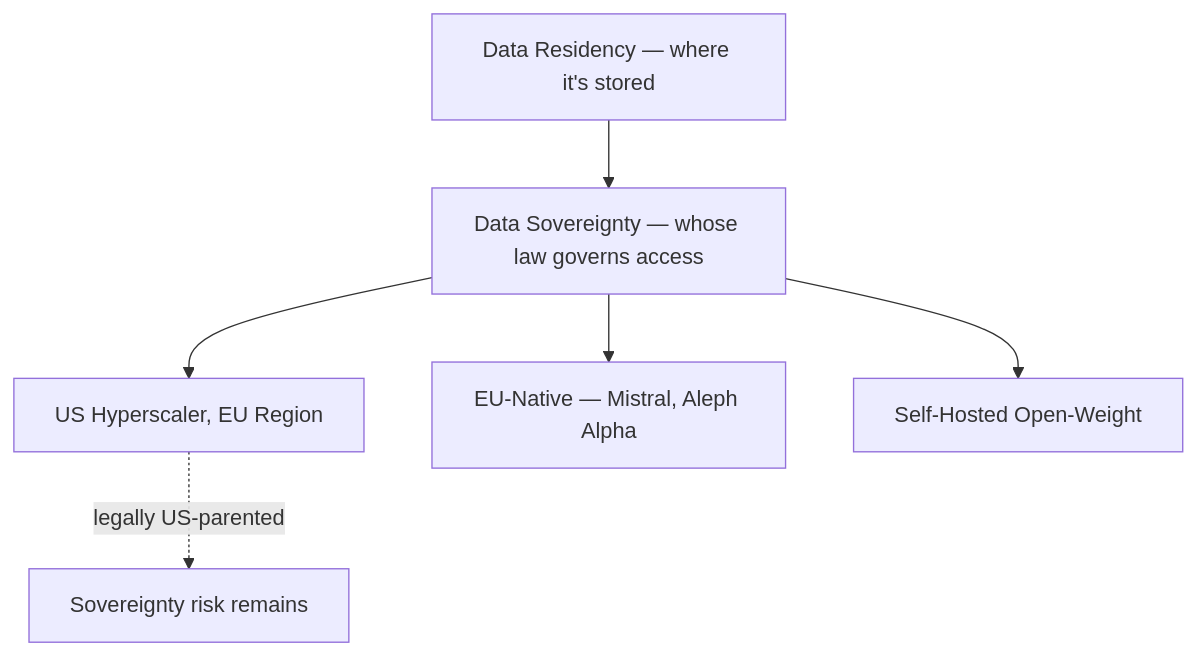
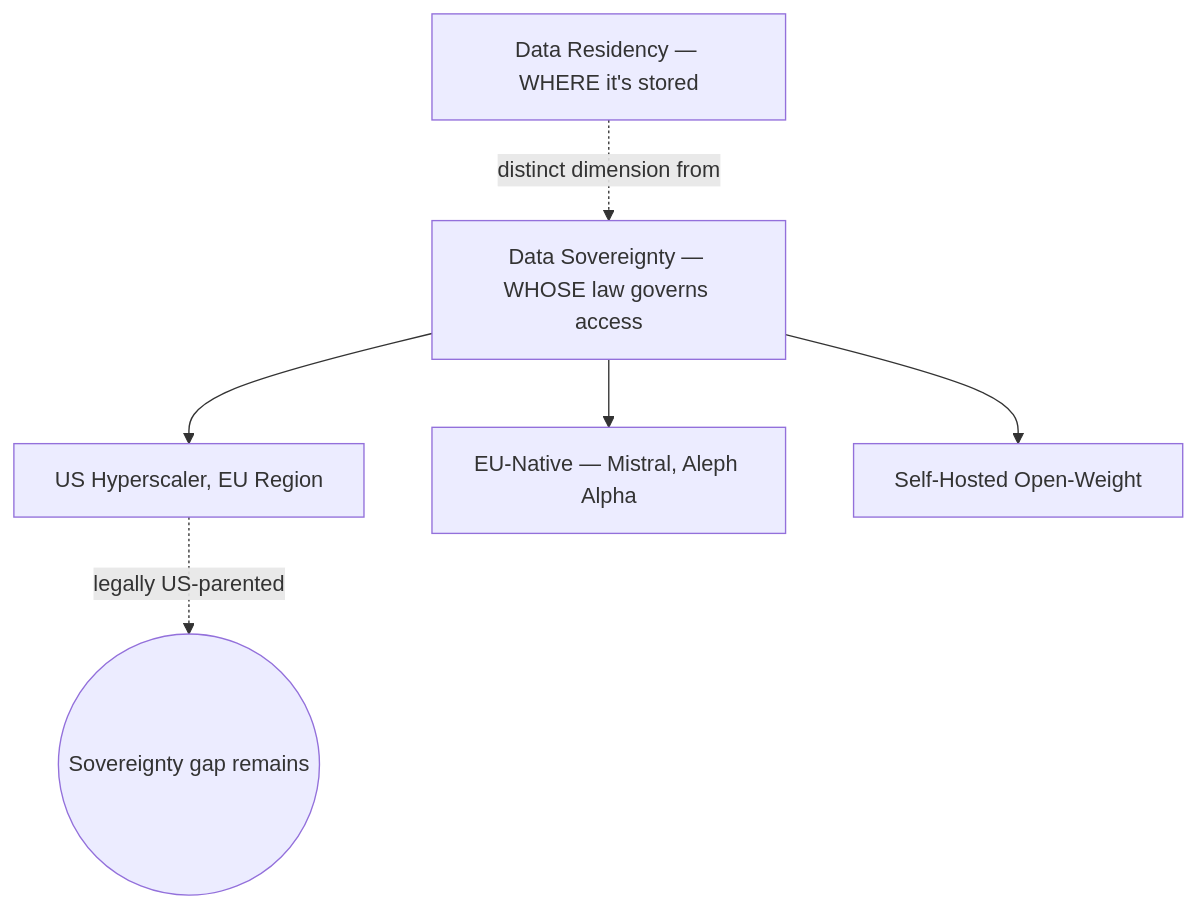
One commit to Sunparus/ai-native-product-ops changed the diagram in docs/domains/sovereignty-infrastructure/index.md. Above: the diagram before and after it, drawn with Mermaid. The commit also changed 2 other files, not shown here.

Commit message:
Fix directional/labeling errors in domain schemas per QA review
- AI Architecture: relabel 'Request Flow' -> 'System Layers' (the
  diagram shows build-time dependency order, not live request path)
- Data Governance: reverse Core Principles arrow (foundation underlies
  DMBOK, doesn't feed into it); explicitly show Metadata Management as
  one of the 11 DMBOK areas rather than a separate related concept
- Sovereignty & Infrastructure: show Residency and Sovereignty as
  distinct parallel dimensions, not a sequential/causal pair

AI Security and Lean & Engineering schemas reviewed and passed as-is.

````diff
--- a/docs/domains/sovereignty-infrastructure/index.md
+++ b/docs/domains/sovereignty-infrastructure/index.md
@@ -10,8 +10,10 @@
 ```mermaid
 flowchart TB
-    RES[Data Residency — where it's stored] --> SOV[Data Sovereignty — whose law governs access]
+    RES[Data Residency — WHERE it's stored]
+    SOV[Data Sovereignty — WHOSE law governs access]
+    RES -.distinct dimension from.-> SOV
     SOV --> A[US Hyperscaler, EU Region]
     SOV --> B[EU-Native — Mistral, Aleph Alpha]
     SOV --> C[Self-Hosted Open-Weight]
-    A -.legally US-parented.-> RISK[Sovereignty risk remains]
+    A -.legally US-parented.-> RISK((Sovereignty gap remains))
 ```
````
